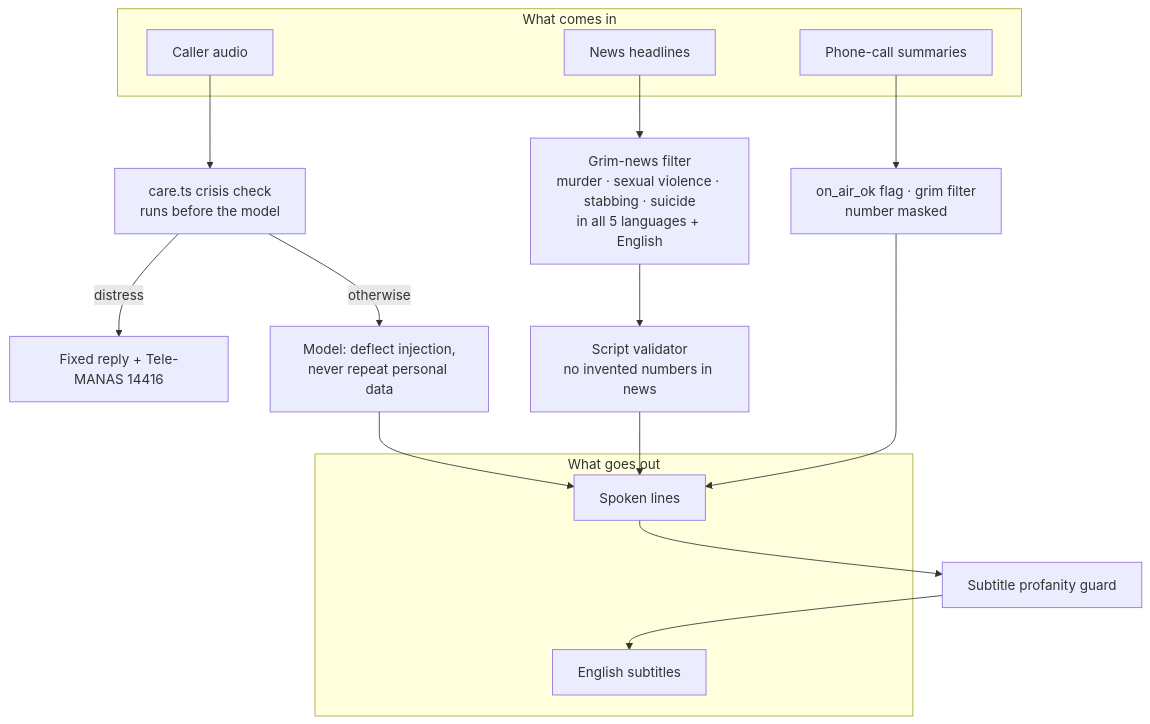
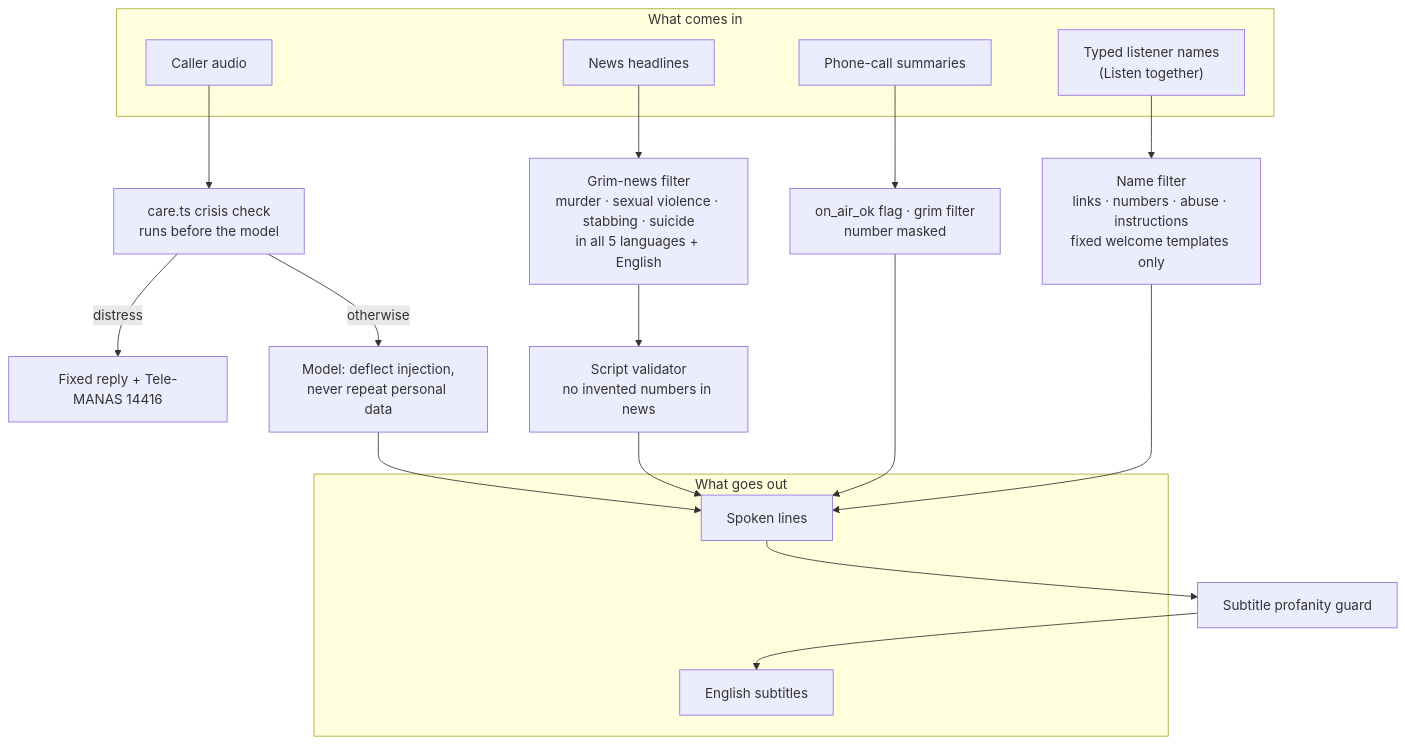
Diagram 18 of 19 in docs/ARCHITECTURE.md (harshbhx/tarang-fm), drawn with Mermaid before and after one commit. The commit also changed other lines of this file and 5 other files, not shown here.

Commit message:
docs: Listen together, its screenshots, and subtitles written with the script

````diff
--- a/docs/ARCHITECTURE.md
+++ b/docs/ARCHITECTURE.md
@@ -504,23 +568,26 @@
 ```mermaid
 flowchart TB
   subgraph In["What comes in"]
     N["News headlines"]
     CI["Caller audio"]
     PC["Phone-call summaries"]
+    LN["Typed listener names<br/>(Listen together)"]
   end
   subgraph Out["What goes out"]
     S["Spoken lines"]
     SUB["English subtitles"]
   end
 
   N --> G1["Grim-news filter<br/>murder · sexual violence · stabbing · suicide<br/>in all 5 languages + English"]
   CI --> G2["care.ts crisis check<br/>runs before the model"]
   G2 -->|distress| CARE["Fixed reply + Tele-MANAS 14416"]
   G2 -->|otherwise| G3["Model: deflect injection,<br/>never repeat personal data"]
   PC --> G4["on_air_ok flag · grim filter<br/>number masked"]
+  LN --> G7["Name filter<br/>links · numbers · abuse · instructions<br/>fixed welcome templates only"]
   G1 --> G5["Script validator<br/>no invented numbers in news"]
   G3 --> S
   G5 --> S
   G4 --> S
+  G7 --> S
   S --> G6["Subtitle profanity guard"] --> SUB
 ```
````
